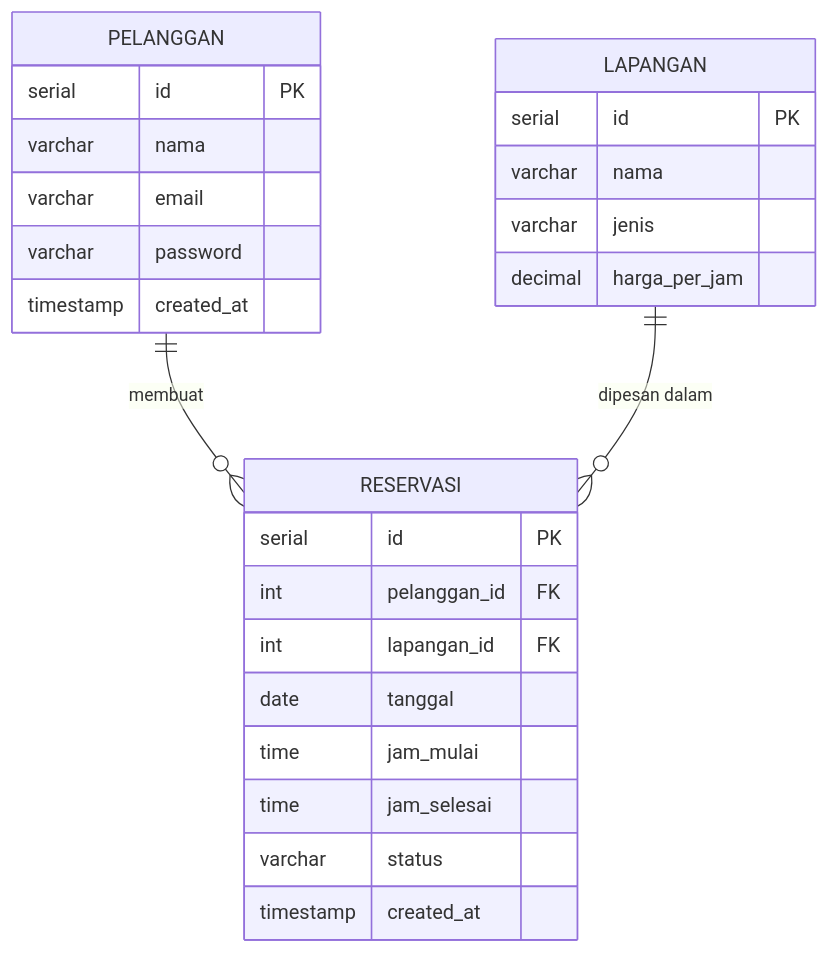
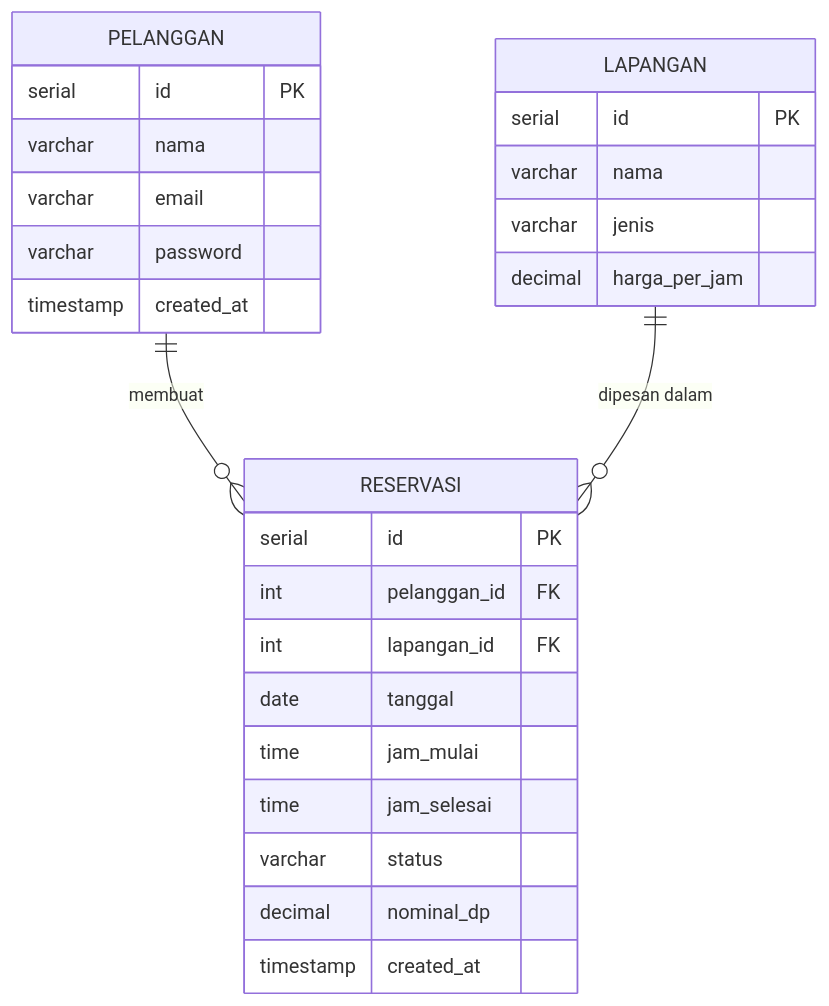
One commit to sryxx16/FUTSAL-BNSP changed the diagram in dokumen_bnsp/02_ERD_dan_SQL_Script.md. Above: the diagram before and after it, drawn with Mermaid. The commit also changed other lines of this file and 3 other files, not shown here.

````diff
--- a/dokumen_bnsp/02_ERD_dan_SQL_Script.md
+++ b/dokumen_bnsp/02_ERD_dan_SQL_Script.md
@@ -16,31 +16,32 @@
 ```mermaid
 erDiagram
     PELANGGAN ||--o{ RESERVASI : "membuat"
     LAPANGAN ||--o{ RESERVASI : "dipesan dalam"
 
     PELANGGAN {
         serial id PK
         varchar nama
         varchar email
         varchar password
         timestamp created_at
     }
 
     LAPANGAN {
         serial id PK
         varchar nama
         varchar jenis
         decimal harga_per_jam
     }
 
     RESERVASI {
         serial id PK
         int pelanggan_id FK
         int lapangan_id FK
         date tanggal
         time jam_mulai
         time jam_selesai
         varchar status
+        decimal nominal_dp
         timestamp created_at
     }
 ```
````
